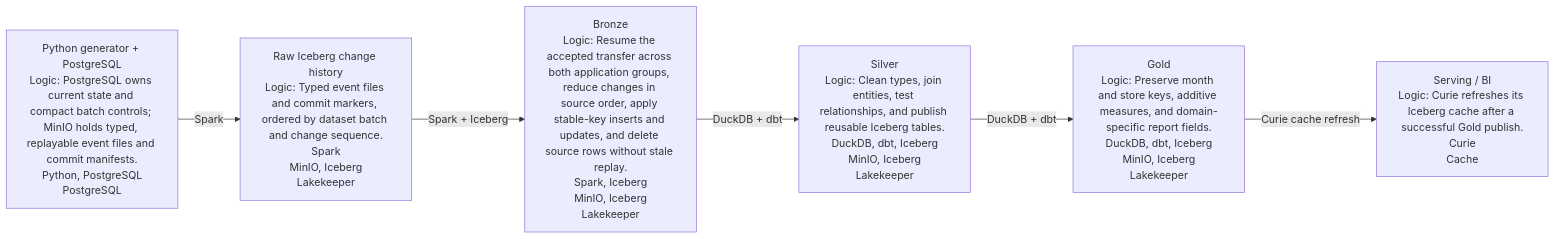
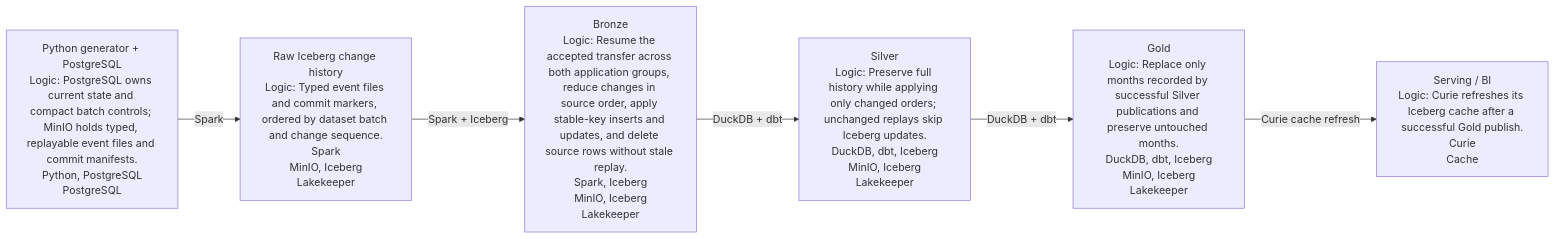
Before and after one commit to AntonMiniazev/ampere_project: the diagram in docs/dataflow/diagrams/project_dataflow.mmd, drawn with Mermaid. The commit also changed 46 other files, not shown here.

Commit message:
fix(iceberg): bound daily silver and gold processing

```diff
--- a/docs/dataflow/diagrams/project_dataflow.mmd
+++ b/docs/dataflow/diagrams/project_dataflow.mmd
@@ -1,13 +1,13 @@
 flowchart LR
     L_SOURCE["Python generator + PostgreSQL<br/>Logic: PostgreSQL owns current state and compact batch controls; MinIO holds typed, replayable event files and commit manifests.<br/>Python, PostgreSQL<br/>PostgreSQL"]
     L_RAW["Raw Iceberg change history<br/>Logic: Typed event files and commit markers, ordered by dataset batch and change sequence.<br/>Spark<br/>MinIO, Iceberg<br/>Lakekeeper"]
     L_BRONZE["Bronze<br/>Logic: Resume the accepted transfer across both application groups, reduce changes in source order, apply stable-key inserts and updates, and delete source rows without stale replay.<br/>Spark, Iceberg<br/>MinIO, Iceberg<br/>Lakekeeper"]
-    L_SILVER["Silver<br/>Logic: Clean types, join entities, test relationships, and publish reusable Iceberg tables.<br/>DuckDB, dbt, Iceberg<br/>MinIO, Iceberg<br/>Lakekeeper"]
-    L_GOLD["Gold<br/>Logic: Preserve month and store keys, additive measures, and domain-specific report fields.<br/>DuckDB, dbt, Iceberg<br/>MinIO, Iceberg<br/>Lakekeeper"]
+    L_SILVER["Silver<br/>Logic: Preserve full history while applying only changed orders; unchanged replays skip Iceberg updates.<br/>DuckDB, dbt, Iceberg<br/>MinIO, Iceberg<br/>Lakekeeper"]
+    L_GOLD["Gold<br/>Logic: Replace only months recorded by successful Silver publications and preserve untouched months.<br/>DuckDB, dbt, Iceberg<br/>MinIO, Iceberg<br/>Lakekeeper"]
     L_SERVING["Serving / BI<br/>Logic: Curie refreshes its Iceberg cache after a successful Gold publish.<br/>Curie<br/>Cache"]
 
     L_SOURCE -->|"Spark"| L_RAW
     L_RAW -->|"Spark + Iceberg"| L_BRONZE
     L_BRONZE -->|"DuckDB + dbt"| L_SILVER
     L_SILVER -->|"DuckDB + dbt"| L_GOLD
     L_GOLD -->|"Curie cache refresh"| L_SERVING
```
